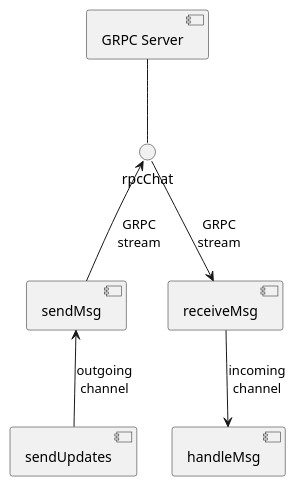
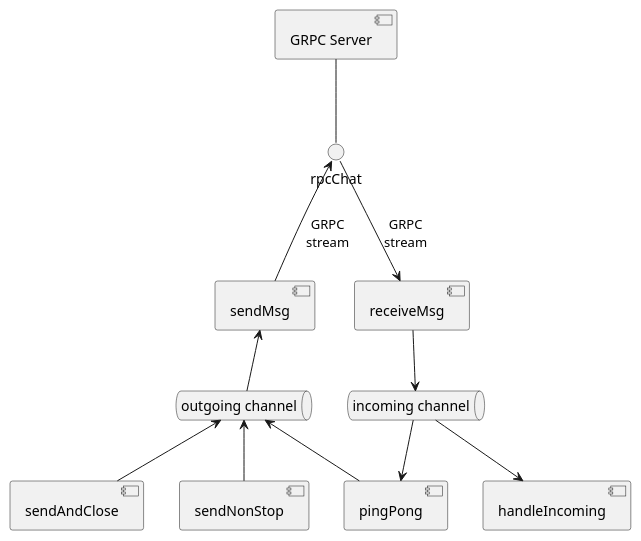
One commit to exredorg/exred_node_grpc_server changed the diagram in priv/go/client/client.puml. Above: the diagram before and after it, drawn with PlantUML. The commit also changed 5 other files, not shown here.

```diff
--- a/priv/go/client/client.puml
+++ b/priv/go/client/client.puml
@@ -1,21 +1,32 @@
-@startuml
+@startuml "RPC Client"
 skinparam componentStyle uml2
 
 component "GRPC Server" as server
 component sendMsg
 component receiveMsg
-
 () rpcChat
 
 server -- rpcChat
-
 rpcChat <-- sendMsg : GRPC\nstream
 rpcChat --> receiveMsg : GRPC\nstream
 
-component handleMsg
-component sendUpdates
 
-receiveMsg --> handleMsg : incoming\nchannel
-sendMsg <-- sendUpdates : outgoing\nchannel
+queue "incoming channel" as incoming
+queue "outgoing channel" as outgoing
+sendMsg <-- outgoing
+receiveMsg --> incoming
+
+
+component handleIncoming
+component sendAndClose
+component sendNonStop
+[pingPong]
+
+incoming --> handleIncoming
+outgoing <-- sendAndClose
+outgoing <-- sendNonStop
+
+outgoing <-- pingPong 
+incoming --> pingPong 
 
 @enduml
```
